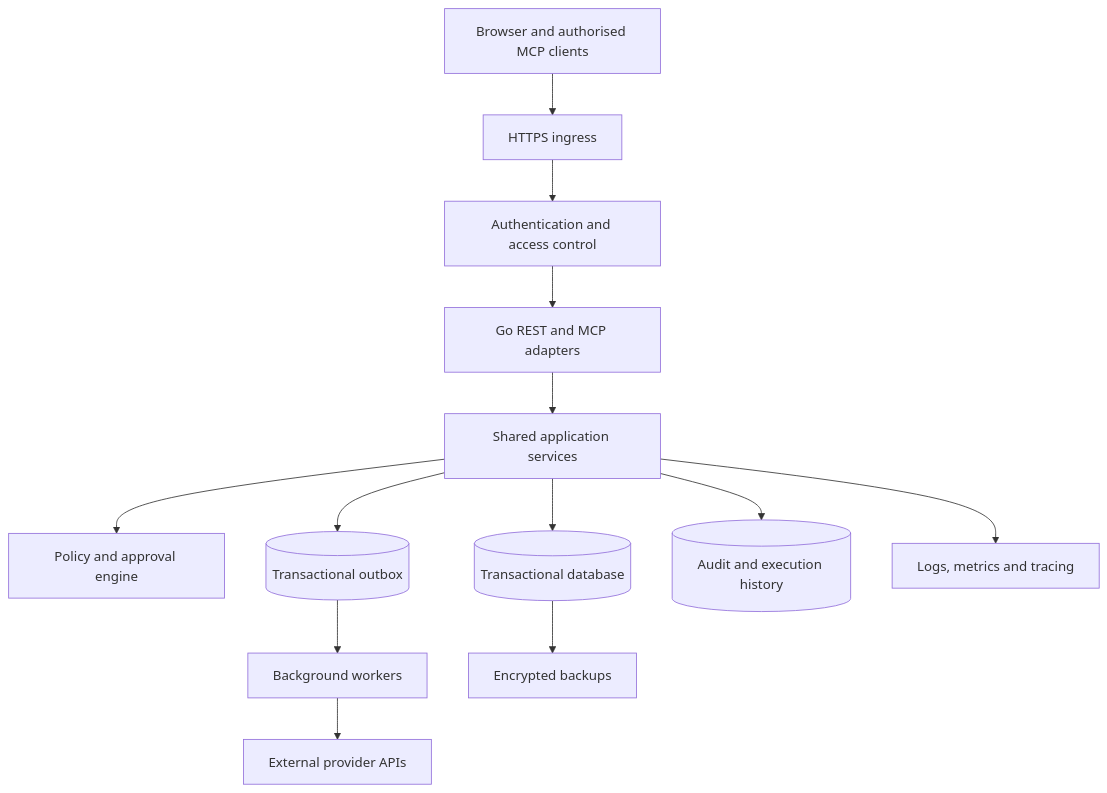
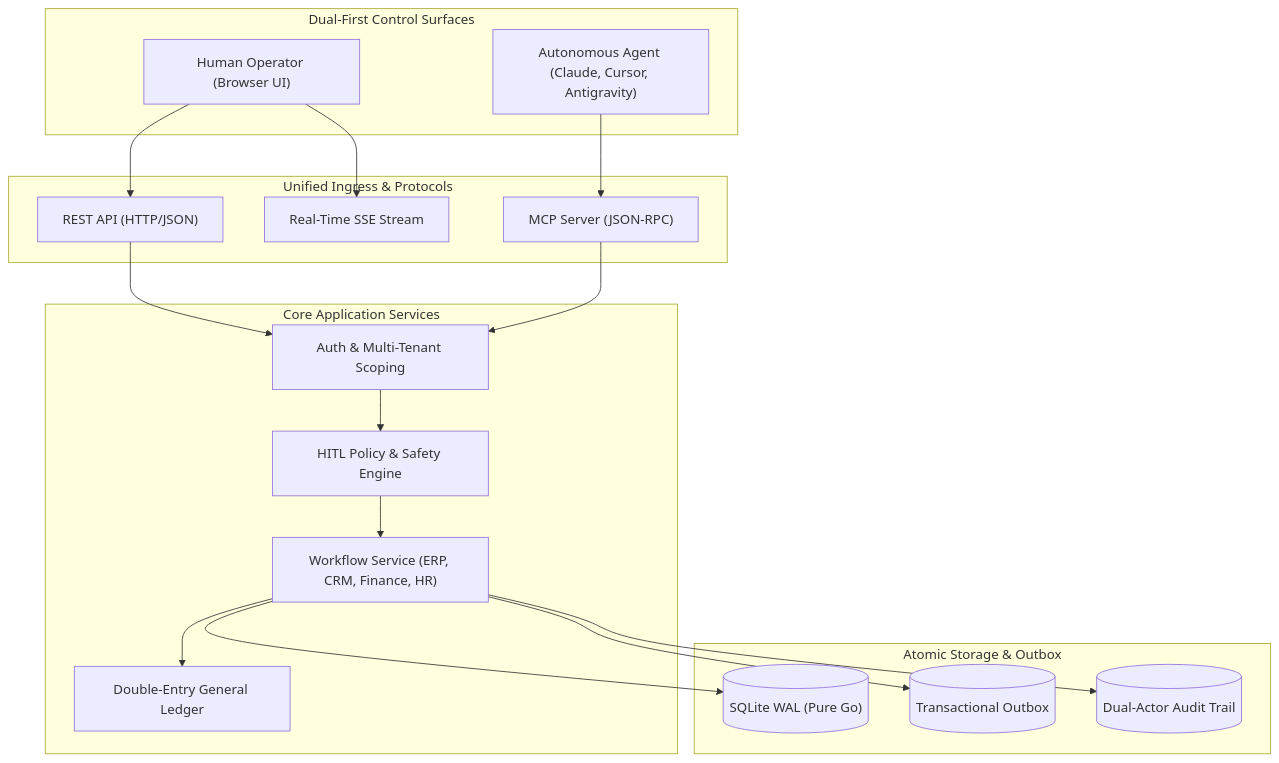
Before and after one commit to airmeorganization/aosphere: the first of 2 diagrams in ROADMAP.md, drawn with Mermaid. The commit also changed other lines of this file and 1 other file, not shown here.

Commit message:
docs: overhaul ROADMAP.md into comprehensive Dual-First open-source BOS master specification

````diff
--- a/ROADMAP.md
+++ b/ROADMAP.md
@@ -236,15 +16,40 @@
 ```mermaid
 flowchart TD
-    Client["Browser and authorised MCP clients"] --> Ingress["HTTPS ingress"]
-    Ingress --> Auth["Authentication and access control"]
-    Auth --> Adapters["Go REST and MCP adapters"]
-    Adapters --> Services["Shared application services"]
-    Services --> Policy["Policy and approval engine"]
-    Services --> DB[("Transactional database")]
-    Services --> Outbox[("Transactional outbox")]
-    Outbox --> Workers["Background workers"]
-    Workers --> ExtAPIs["External provider APIs"]
-    Services --> Audit[("Audit and execution history")]
-    Services --> Obs["Logs, metrics and tracing"]
-    DB --> Backups["Encrypted backups"]
+    subgraph Clients["Dual-First Control Surfaces"]
+        Human["Human Operator (Browser UI)"]
+        Agent["Autonomous Agent (Claude, Cursor, Antigravity)"]
+    end
+
+    subgraph Entrypoints["Unified Ingress & Protocols"]
+        REST["REST API (HTTP/JSON)"]
+        SSE["Real-Time SSE Stream"]
+        MCP["MCP Server (JSON-RPC)"]
+    end
+
+    Human --> REST
+    Human --> SSE
+    Agent --> MCP
+
+    subgraph Core["Core Application Services"]
+        Auth["Auth & Multi-Tenant Scoping"]
+        Policy["HITL Policy & Safety Engine"]
+        Workflow["Workflow Service (ERP, CRM, Finance, HR)"]
+        Ledger["Double-Entry General Ledger"]
+    end
+
+    REST --> Auth
+    MCP --> Auth
+    Auth --> Policy
+    Policy --> Workflow
+    Workflow --> Ledger
+
+    subgraph Storage["Atomic Storage & Outbox"]
+        DB[("SQLite WAL (Pure Go)")]
+        Outbox[("Transactional Outbox")]
+        Audit[("Dual-Actor Audit Trail")]
+    end
+
+    Workflow --> DB
+    Workflow --> Outbox
+    Workflow --> Audit
 ```
````
